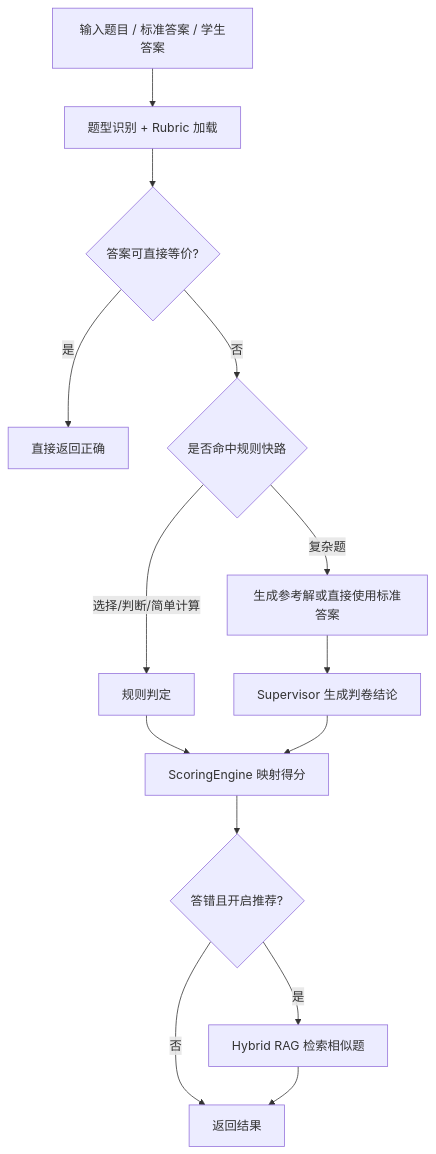
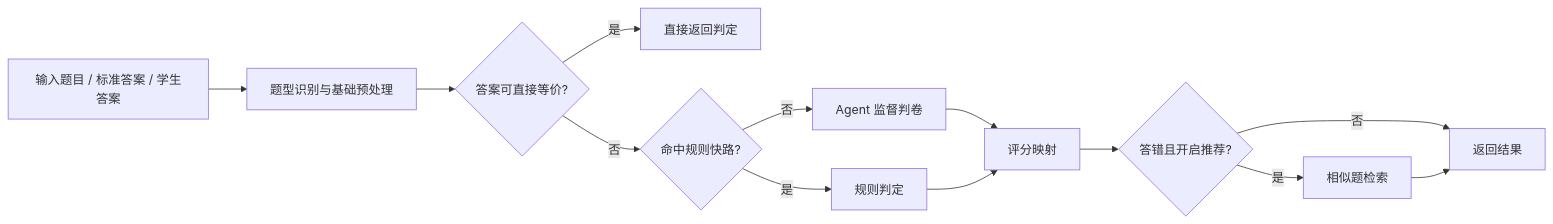
Before and after one commit to KivenCyril/MathGrader: the second of 2 diagrams in README.md, drawn with Mermaid. The commit also changed other lines of this file and 52 other files, not shown here.

First line of the commit message:
feat: optimize frontend, RAG, and lightweight architecture

````diff
--- a/README.md
+++ b/README.md
@@ -61,16 +60,15 @@
 ```mermaid
-flowchart TD
-    A[输入题目 / 标准答案 / 学生答案] --> B[题型识别 + Rubric 加载]
+flowchart LR
+    A[输入题目 / 标准答案 / 学生答案] --> B[题型识别与基础预处理]
     B --> C{答案可直接等价?}
-    C -->|是| D[直接返回正确]
-    C -->|否| E{是否命中规则快路}
-    E -->|选择/判断/简单计算| F[规则判定]
-    E -->|复杂题| G[生成参考解或直接使用标准答案]
-    G --> H[Supervisor 生成判卷结论]
-    F --> I[ScoringEngine 映射得分]
-    H --> I
-    I --> J{答错且开启推荐?}
-    J -->|是| K[Hybrid RAG 检索相似题]
-    J -->|否| L[返回结果]
-    K --> L
+    C -->|是| D[直接返回判定]
+    C -->|否| E{命中规则快路?}
+    E -->|是| F[规则判定]
+    E -->|否| G[Agent 监督判卷]
+    G --> H[评分映射]
+    F --> H
+    H --> I{答错且开启推荐?}
+    I -->|是| J[相似题检索]
+    I -->|否| K[返回结果]
+    J --> K
 ```
````
